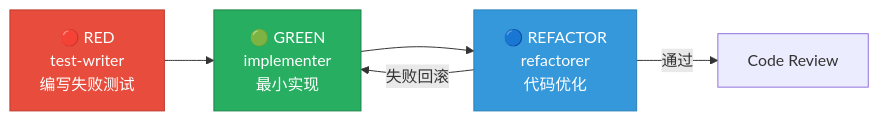
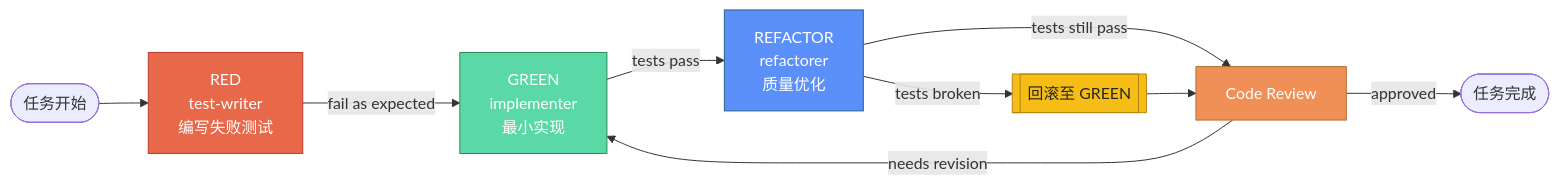
One commit to lync-cyber/CataForge changed the fourth of 6 diagrams in README.md. Above: the diagram before and after it, drawn with Mermaid. The commit also changed other lines of this file and 1 other file, not shown here.

````diff
--- a/README.md
+++ b/README.md
@@ -82,10 +254,24 @@
 ```mermaid
 flowchart LR
-    R["🔴 RED<br/>test-writer<br/>编写失败测试"] --> G["🟢 GREEN<br/>implementer<br/>最小实现"] --> RF["🔵 REFACTOR<br/>refactorer<br/>代码优化"]
-    RF -->|"失败回滚"| G
-    RF -->|"通过"| CR["Code Review"]
+    Start([任务开始]) --> R
 
-    style R fill:#E74C3C,stroke:#C0392B,color:#fff
-    style G fill:#27AE60,stroke:#1E8449,color:#fff
-    style RF fill:#3498DB,stroke:#2980B9,color:#fff
+    R["RED<br/>test-writer<br/>编写失败测试"]
+    G["GREEN<br/>implementer<br/>最小实现"]
+    RF["REFACTOR<br/>refactorer<br/>质量优化"]
+    CR["Code Review"]
+    Done([任务完成])
+    Rollback[["回滚至 GREEN"]]
+
+    R -->|"fail as expected"| G
+    G -->|"tests pass"| RF
+    RF -->|"tests still pass"| CR
+    RF -->|"tests broken"| Rollback --> CR
+    CR -->|"approved"| Done
+    CR -->|"needs revision"| G
+
+    style R fill:#E8684A,stroke:#C0392B,color:#fff
+    style G fill:#5AD8A6,stroke:#2E8B57,color:#fff
+    style RF fill:#5B8FF9,stroke:#2C5F8A,color:#fff
+    style CR fill:#F08F56,stroke:#B5702D,color:#fff
+    style Rollback fill:#F6BD16,stroke:#B8860B,color:#262626
 ```
````
